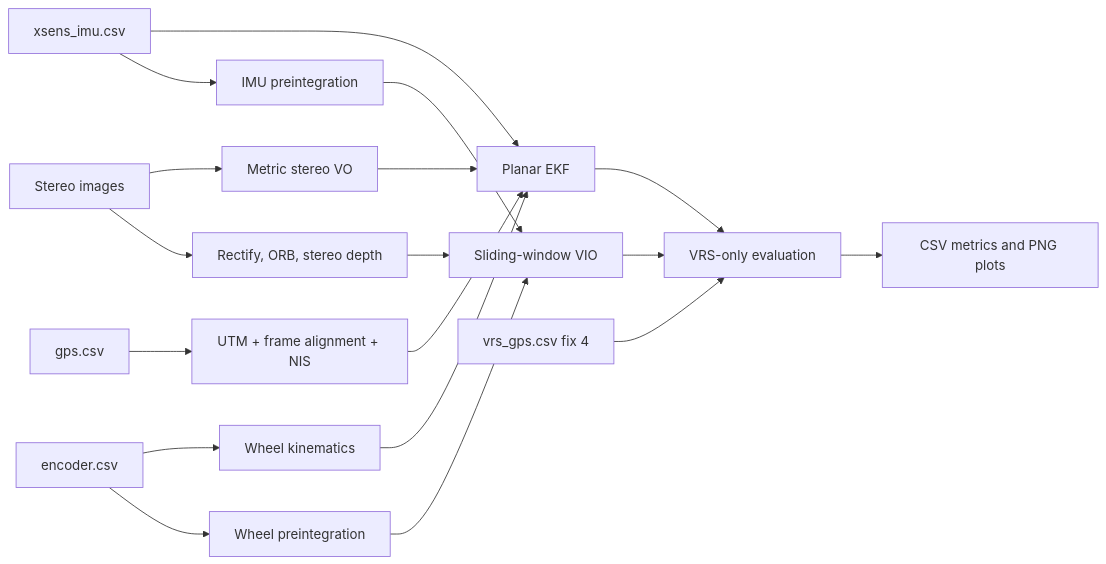
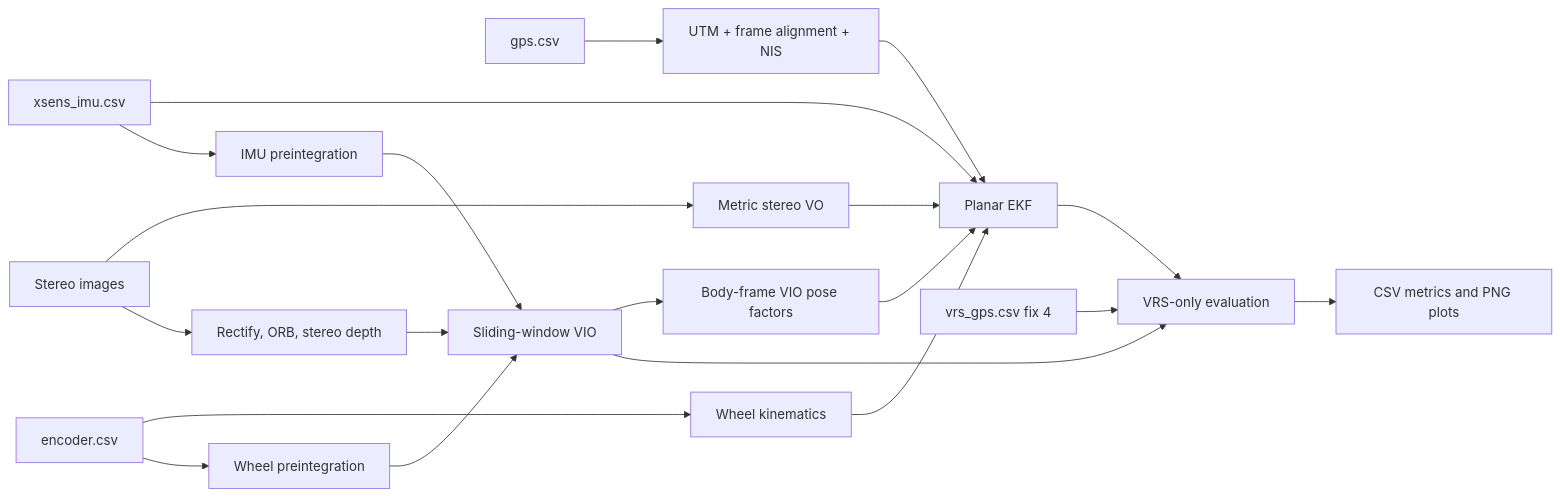
The diagram in docs/architecture.md (ruslanbredun-rob/sensors_course_capstone), drawn with Mermaid before and after one commit. The commit also changed other lines of this file and 14 other files, not shown here.

Commit message:
Fuse degraded GPS scenarios with VIO EKF

````diff
--- a/docs/architecture.md
+++ b/docs/architecture.md
@@ -20,22 +20,24 @@
 ```mermaid
 flowchart LR
     ENC[encoder.csv] --> WK[Wheel kinematics]
     IMU[xsens_imu.csv] --> EKF[Planar EKF]
     WK --> EKF
     CAM[Stereo images] --> VO[Metric stereo VO]
     VO --> EKF
     CGPS[gps.csv] --> GATE[UTM + frame alignment + NIS]
     GATE --> EKF
 
     CAM --> FEAT[Rectify, ORB, stereo depth]
     IMU --> PRE[IMU preintegration]
     ENC --> WPRE[Wheel preintegration]
     FEAT --> WIN[Sliding-window VIO]
     PRE --> WIN
     WPRE --> WIN
+    WIN --> VREL[Body-frame VIO pose factors]
+    VREL --> EKF
 
     EKF --> EVAL[VRS-only evaluation]
     WIN --> EVAL
     GPS[vrs_gps.csv fix 4] --> EVAL
     EVAL --> OUT[CSV metrics and PNG plots]
 ```
````
